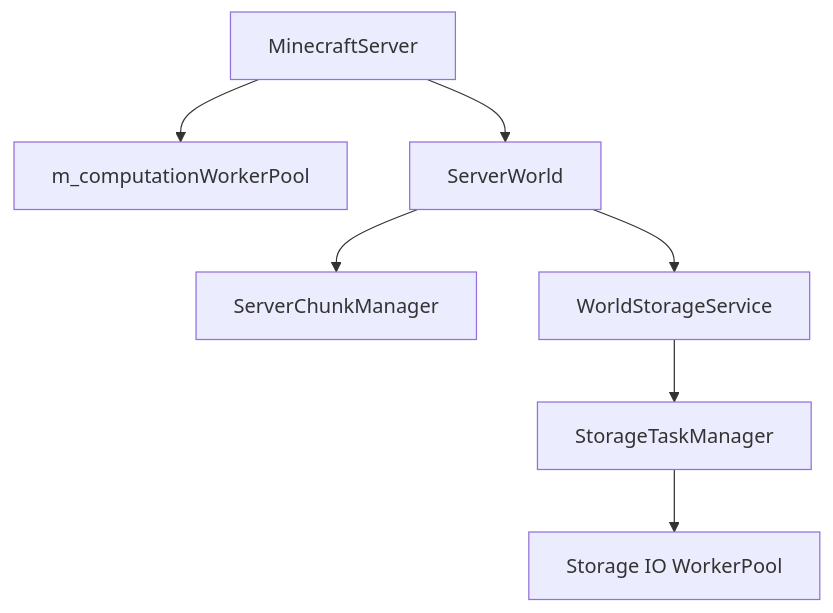
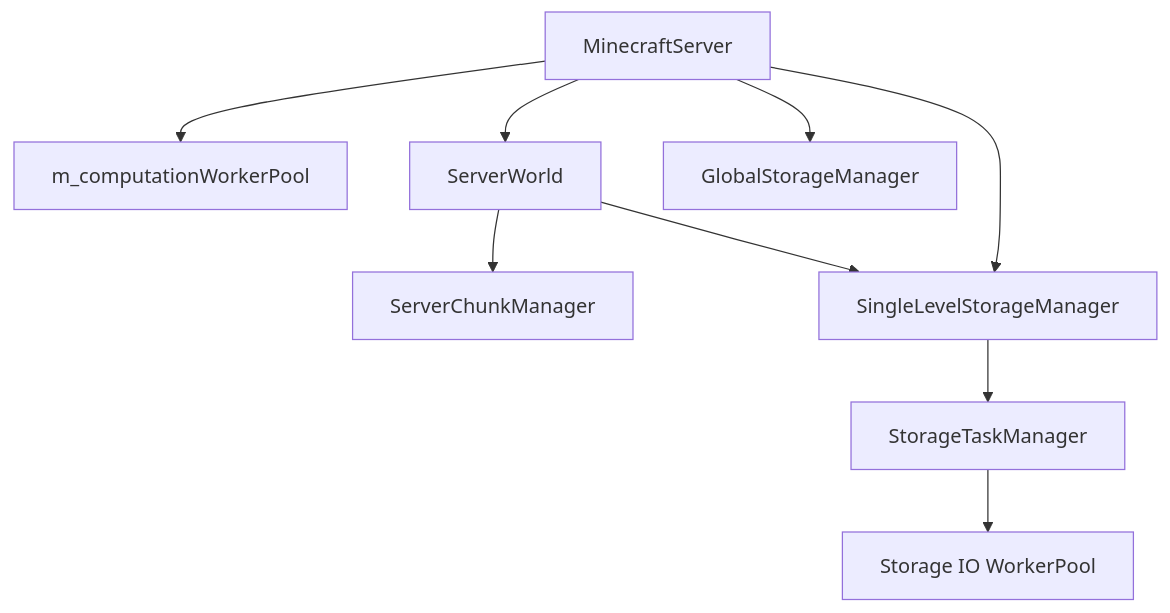
One commit to g122622/Cubium changed the first of 2 diagrams in src/server/application/README.md. Above: the diagram before and after it, drawn with Mermaid. The commit also changed other lines of this file and 36 other files, not shown here.

Commit message:
refactor: 重构存储服务，`GlobalStorageManager` 负责跨存档能力，`SingleLevelStorageManager` 负责单存档运行时；删除SaveManager

````diff
--- a/src/server/application/README.md
+++ b/src/server/application/README.md
@@ -285,9 +286,11 @@
 ```mermaid
 flowchart TD
     A[MinecraftServer] --> B[m_computationWorkerPool]
     A --> C[ServerWorld]
     C --> D[ServerChunkManager]
-    C --> E[WorldStorageService]
-    E --> F[StorageTaskManager]
+    A --> E[GlobalStorageManager]
+    A --> H[SingleLevelStorageManager]
+    C --> H
+    H --> F[StorageTaskManager]
     F --> G[Storage IO WorkerPool]
 ```
````
